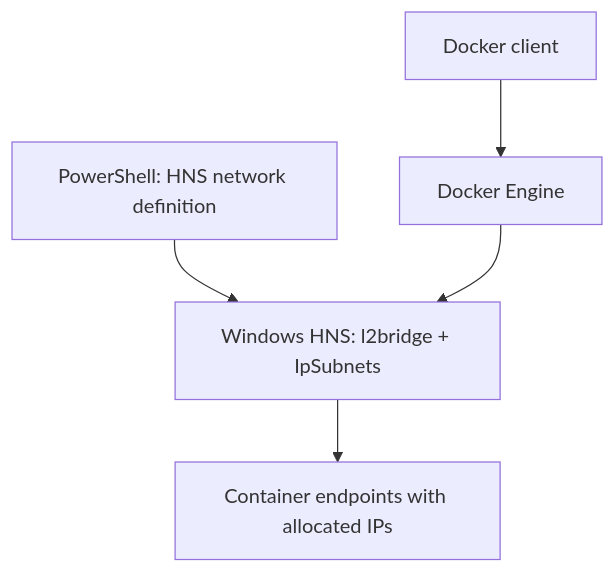
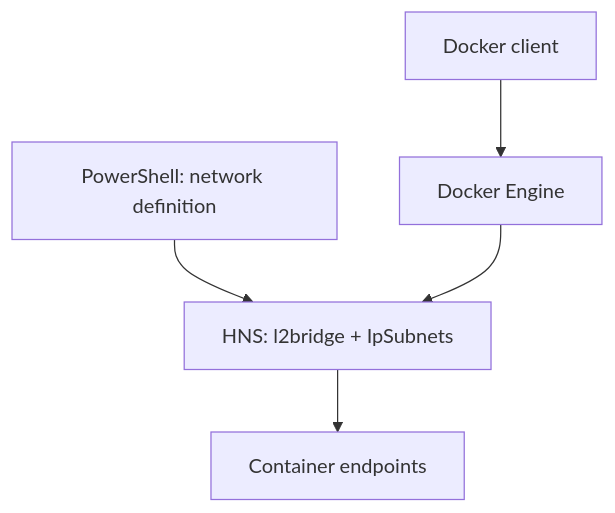
Before and after one commit to tiendu/tiendu.github.io: the second of 5 diagrams in src/content/blog/2026-11-19-an-ipam-proxy-for-docker-on-windows.md, drawn with Mermaid. The commit also changed other lines of this file, not shown here.

````diff
--- a/src/content/blog/2026-11-19-an-ipam-proxy-for-docker-on-windows.md
+++ b/src/content/blog/2026-11-19-an-ipam-proxy-for-docker-on-windows.md
@@ -194,9 +164,9 @@
 ```mermaid
 flowchart TB
-    accTitle: Simpler setup using HNS address allocation
-    accDescr: PowerShell defines the network and its nested IP subnet through HNS. Docker clients create containers normally, and HNS assigns endpoint addresses from the configured range.
-    Setup["PowerShell: HNS network definition"] --> HNS["Windows HNS: l2bridge + IpSubnets"]
+    accTitle: Native HNS allocation
+    accDescr: PowerShell provisions the network independently of Docker. Docker uses the resulting HNS network for endpoint creation.
+    Setup["PowerShell: network definition"] --> HNS["HNS: l2bridge + IpSubnets"]
     Client["Docker client"] --> Engine["Docker Engine"]
     Engine --> HNS
-    HNS --> Containers["Container endpoints with allocated IPs"]
+    HNS --> Containers["Container endpoints"]
 ```
````
